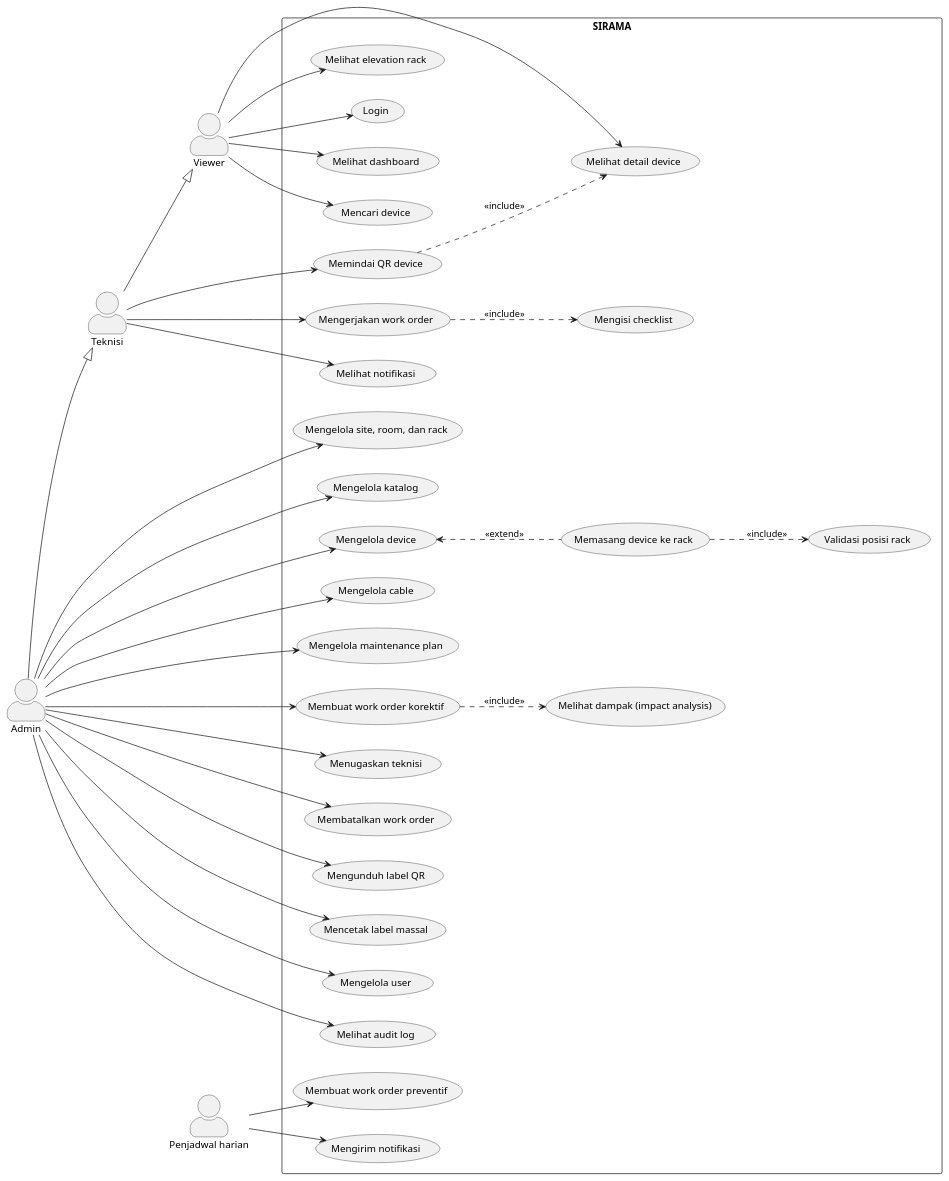
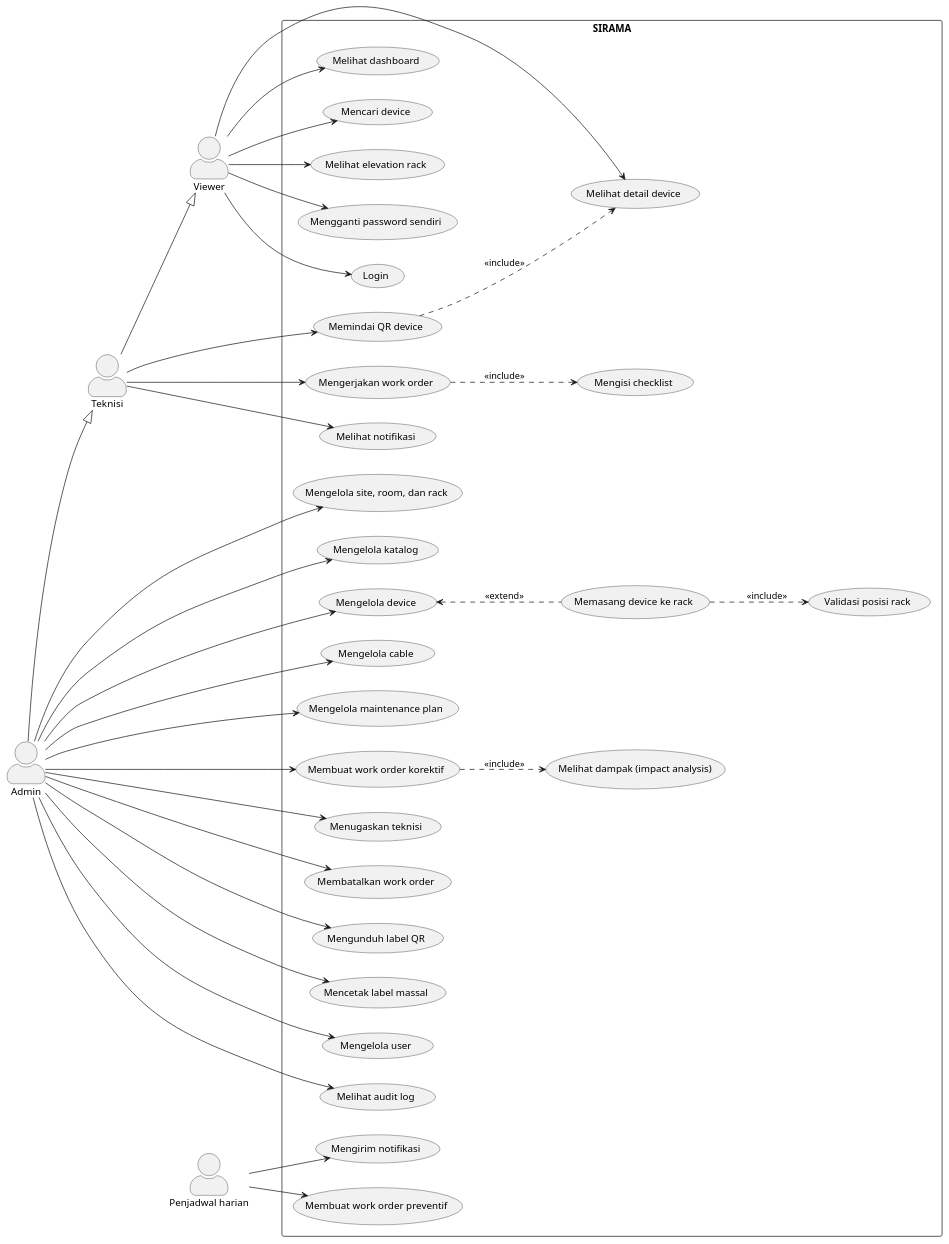
Before and after one commit to haldrianlab-arch/DCM_PROJECT: the diagram in docs/diagrams/use-case.puml, drawn with PlantUML. The commit also changed 15 other files, not shown here.

```diff
--- a/docs/diagrams/use-case.puml
+++ b/docs/diagrams/use-case.puml
@@ -1,76 +1,78 @@
 @startuml
 left to right direction
 skinparam actorStyle awesome
 
 actor Viewer
 actor Teknisi
 actor Admin
 actor "Penjadwal harian" as Cron
 
 Teknisi --|> Viewer
 Admin --|> Teknisi
 
 rectangle SIRAMA {
   usecase "Login" as UC01
   usecase "Melihat dashboard" as UC02
   usecase "Mencari device" as UC03
   usecase "Melihat elevation rack" as UC04
   usecase "Melihat detail device" as UC05
+  usecase "Mengganti password sendiri" as UC07
 
   usecase "Memindai QR device" as UC06
   usecase "Mengerjakan work order" as UC10
   usecase "Mengisi checklist" as UC11
   usecase "Melihat notifikasi" as UC12
 
   usecase "Mengelola site, room, dan rack" as UC20
   usecase "Mengelola katalog" as UC21
   usecase "Mengelola device" as UC22
   usecase "Memasang device ke rack" as UC23
   usecase "Validasi posisi rack" as UC24
   usecase "Mengelola cable" as UC25
   usecase "Mengelola maintenance plan" as UC26
   usecase "Membuat work order korektif" as UC27
   usecase "Melihat dampak (impact analysis)" as UC28
   usecase "Menugaskan teknisi" as UC29
   usecase "Membatalkan work order" as UC30
   usecase "Mengunduh label QR" as UC31
   usecase "Mencetak label massal" as UC32
   usecase "Mengelola user" as UC33
   usecase "Melihat audit log" as UC34
 
   usecase "Membuat work order preventif" as UC40
   usecase "Mengirim notifikasi" as UC41
 }
 
 Viewer --> UC01
 Viewer --> UC02
 Viewer --> UC03
 Viewer --> UC04
 Viewer --> UC05
+Viewer --> UC07
 
 Teknisi --> UC06
 Teknisi --> UC10
 Teknisi --> UC12
 
 Admin --> UC20
 Admin --> UC21
 Admin --> UC22
 Admin --> UC25
 Admin --> UC26
 Admin --> UC27
 Admin --> UC29
 Admin --> UC30
 Admin --> UC31
 Admin --> UC32
 Admin --> UC33
 Admin --> UC34
 
 Cron --> UC40
 Cron --> UC41
 
 UC06 ..> UC05 : <<include>>
 UC10 ..> UC11 : <<include>>
 UC22 <.. UC23 : <<extend>>
 UC23 ..> UC24 : <<include>>
 UC27 ..> UC28 : <<include>>
 @enduml
```
